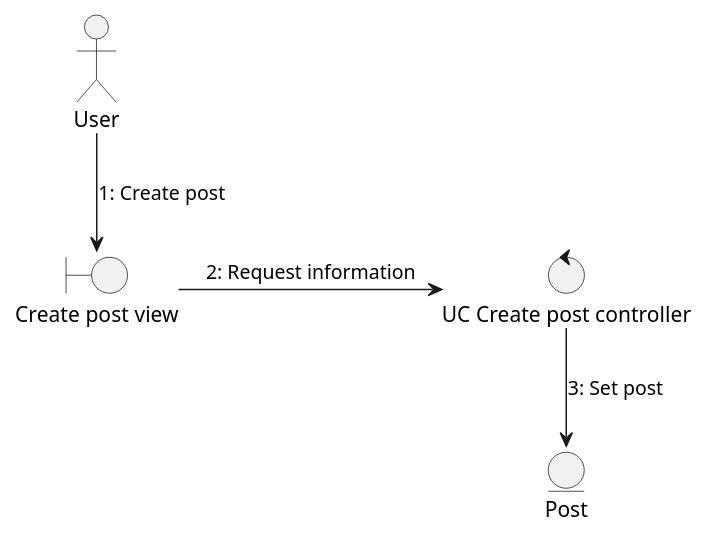
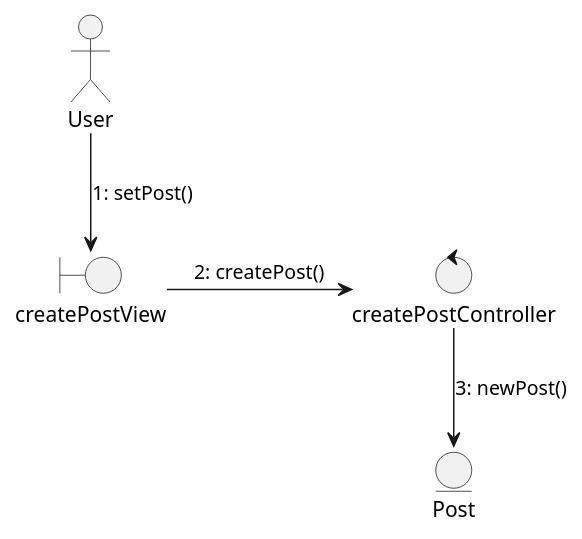
Before and after one commit to Dayannis-07/ING_SOFT: the diagram in docs/scenariosView/collaborationDiagram/useCase-CrearEvento.puml, drawn with PlantUML. The commit also changed 11 other files, not shown here.

Commit message:
corrections collaboration Diagram & classDiagram

```diff
--- a/docs/scenariosView/collaborationDiagram/useCase-CrearEvento.puml
+++ b/docs/scenariosView/collaborationDiagram/useCase-CrearEvento.puml
@@ -1,9 +1,9 @@
 @startuml crear evento
 actor User
-boundary "Create post view" as view
-User-->view :1: Create post
-control "UC Create post controller" as controller
-view-r->controller :2: Request information
+boundary "createPostView" as view
+User-->view :1: setPost()
+control "createPostController" as controller
+view-r->controller :2: createPost()
 entity "Post" as entity
-controller-->entity :3: Set post
+controller-->entity :3: newPost()
 @enduml
```
